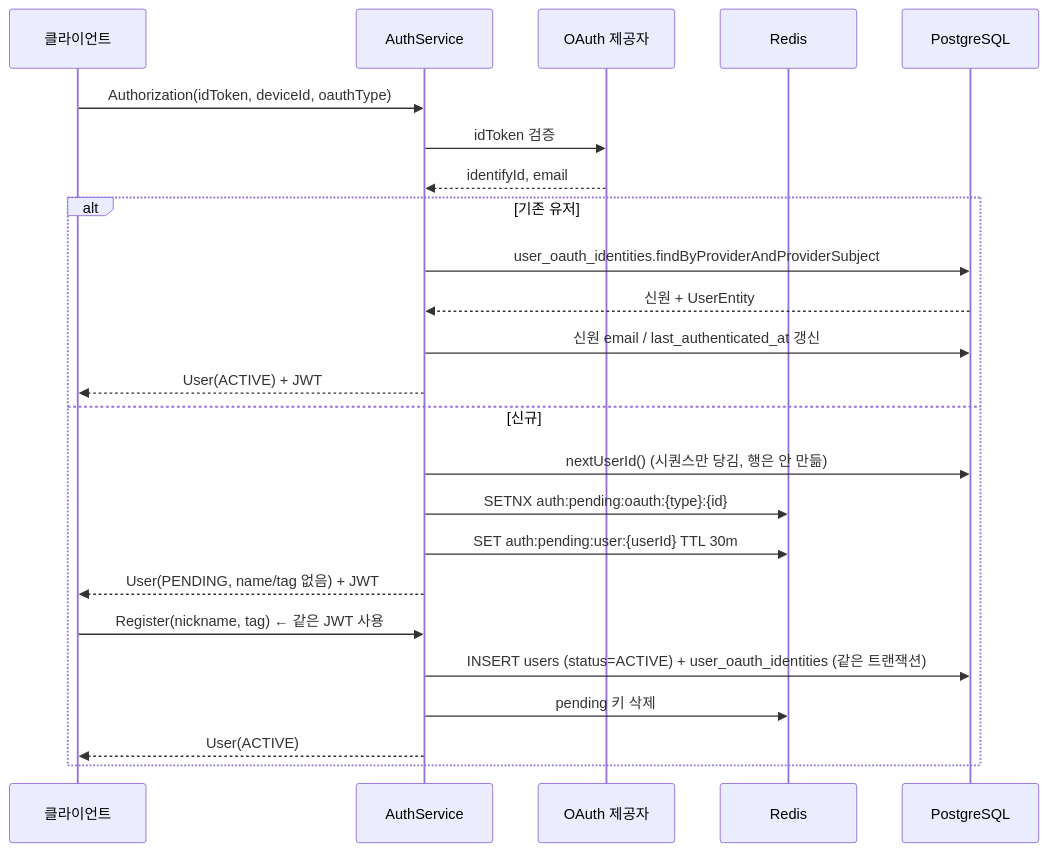
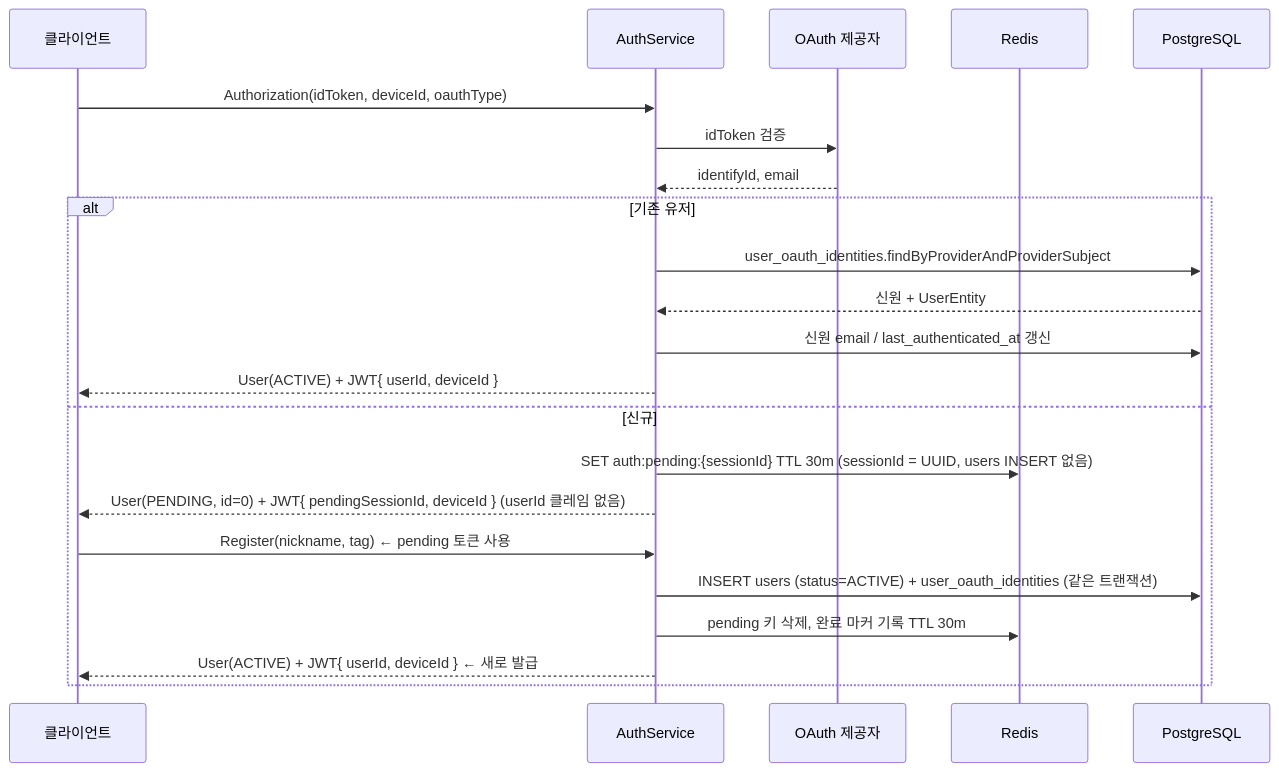
The diagram in docs/02-domain/auth-and-identity.md (danmalgi-project/danmalgi_api), drawn with Mermaid before and after one commit. The commit also changed other lines of this file and 41 other files, not shown here.

First line of the commit message:
refactor: OAuth 가입을 UUID pending 세션 + Register 토큰 재발급 방식으로 전환

````diff
--- a/docs/02-domain/auth-and-identity.md
+++ b/docs/02-domain/auth-and-identity.md
@@ -9,28 +9,26 @@
 ```mermaid
 sequenceDiagram
     participant C as 클라이언트
     participant A as AuthService
     participant O as OAuth 제공자
     participant R as Redis
     participant D as PostgreSQL
 
     C->>A: Authorization(idToken, deviceId, oauthType)
     A->>O: idToken 검증
     O-->>A: identifyId, email
 
     alt 기존 유저
         A->>D: user_oauth_identities.findByProviderAndProviderSubject
         D-->>A: 신원 + UserEntity
         A->>D: 신원 email / last_authenticated_at 갱신
-        A-->>C: User(ACTIVE) + JWT
+        A-->>C: User(ACTIVE) + JWT{ userId, deviceId }
     else 신규
-        A->>D: nextUserId()  (시퀀스만 당김, 행은 안 만듦)
-        A->>R: SETNX auth:pending:oauth:{type}:{id}
-        A->>R: SET auth:pending:user:{userId}  TTL 30m
-        A-->>C: User(PENDING, name/tag 없음) + JWT
-        C->>A: Register(nickname, tag)   ← 같은 JWT 사용
+        A->>R: SET auth:pending:{sessionId}  TTL 30m   (sessionId = UUID, users INSERT 없음)
+        A-->>C: User(PENDING, id=0) + JWT{ pendingSessionId, deviceId }   (userId 클레임 없음)
+        C->>A: Register(nickname, tag)   ← pending 토큰 사용
         A->>D: INSERT users (status=ACTIVE) + user_oauth_identities (같은 트랜잭션)
-        A->>R: pending 키 삭제
-        A-->>C: User(ACTIVE)
+        A->>R: pending 키 삭제, 완료 마커 기록  TTL 30m
+        A-->>C: User(ACTIVE) + JWT{ userId, deviceId }   ← 새로 발급
     end
 ```
````
